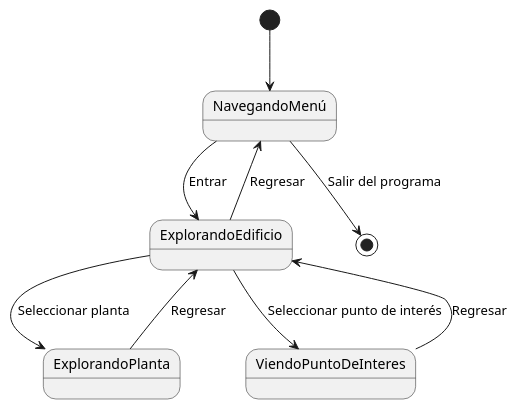
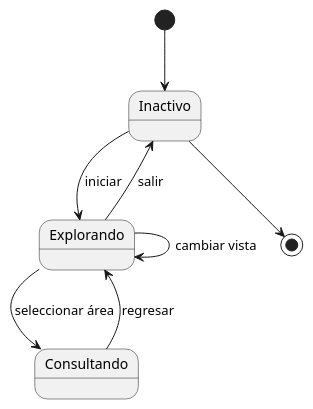
One commit to Camila-Lesly/25-26-idsw1-sdr changed the diagram in documentos/modeloDeDominio/DiagramaDeEstados/diagramaDeEstados.puml. Above: the diagram before and after it, drawn with PlantUML.

Commit message:
fix: state diagram relations

```diff
--- a/documentos/modeloDeDominio/DiagramaDeEstados/diagramaDeEstados.puml
+++ b/documentos/modeloDeDominio/DiagramaDeEstados/diagramaDeEstados.puml
@@ -1,14 +1,13 @@
 @startuml
 
-[*] --> NavegandoMenú
-NavegandoMenú --> ExplorandoEdificio : Entrar
-ExplorandoEdificio --> ExplorandoPlanta : Seleccionar planta
-ExplorandoEdificio  --> ViendoPuntoDeInteres : Seleccionar punto de interés
+[*] --> Inactivo
 
-ViendoPuntoDeInteres --> ExplorandoEdificio : Regresar
-ExplorandoPlanta --> ExplorandoEdificio : Regresar
-ExplorandoEdificio --> NavegandoMenú : Regresar
+Inactivo --> Explorando : iniciar
+Explorando --> Explorando : cambiar vista
+Explorando --> Consultando : seleccionar área
+Consultando --> Explorando : regresar
+Explorando --> Inactivo : salir
 
-NavegandoMenú --> [*] : Salir del programa
+Inactivo --> [*]
 
 @enduml
```
